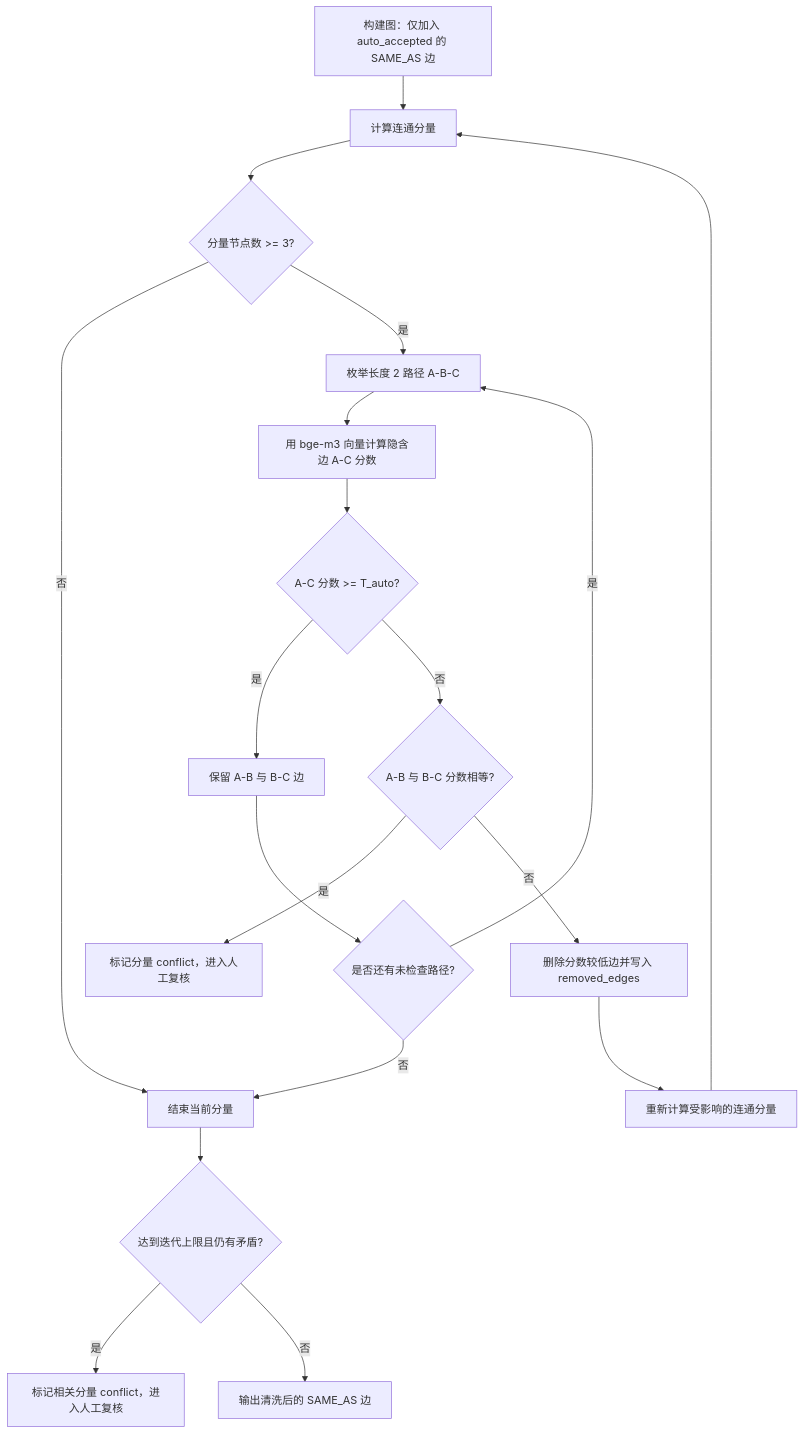
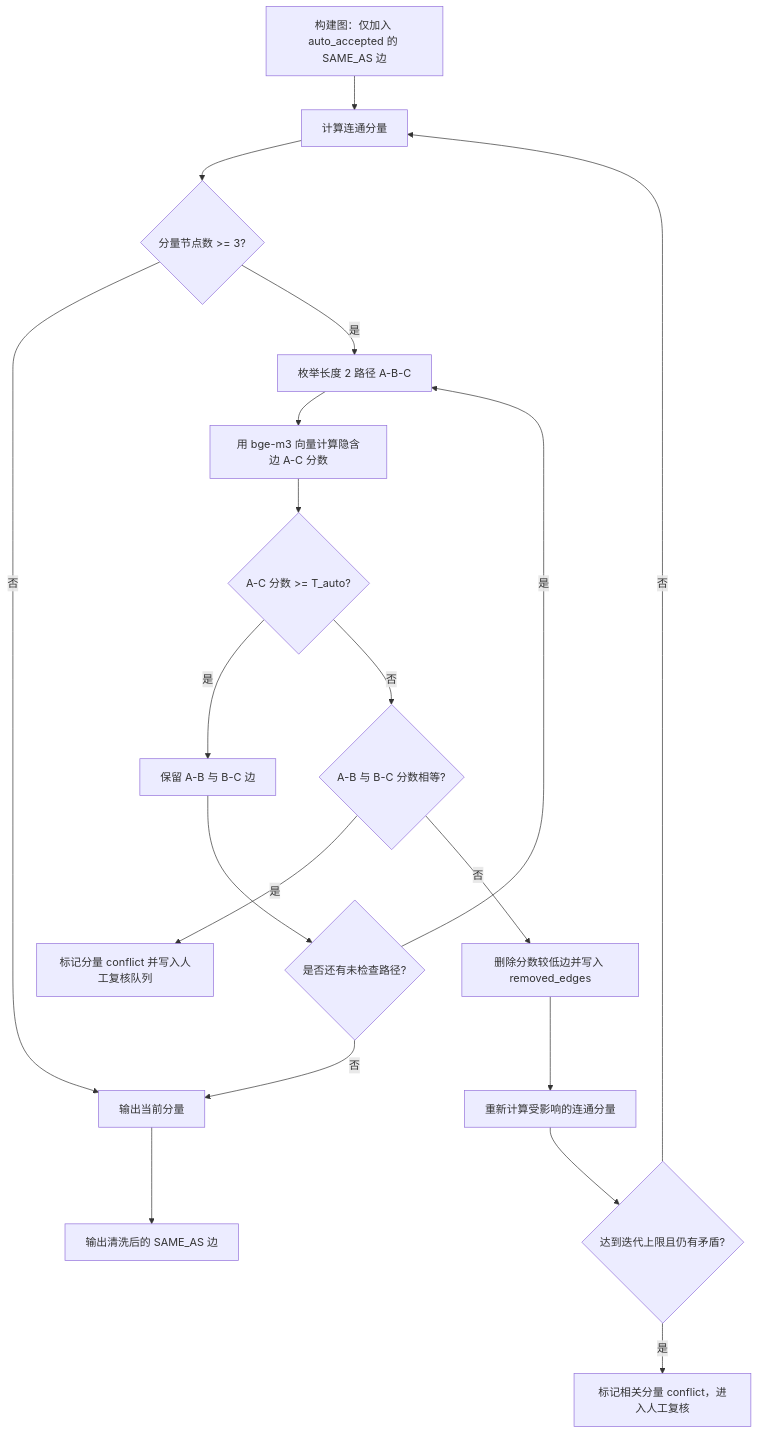
One commit to WorkerXu/my-doc changed the fifth of 7 diagrams in 多来源商品数据合并系统设计.md. Above: the diagram before and after it, drawn with Mermaid. The commit also changed other lines of this file, not shown here.

Commit message:
完善候选与标准化流程图

````diff
--- a/多来源商品数据合并系统设计.md
+++ b/多来源商品数据合并系统设计.md
@@ -321,21 +389,21 @@
 ```mermaid
 flowchart TD
     A[构建图：仅加入 auto_accepted 的 SAME_AS 边] --> B[计算连通分量]
     B --> C{"分量节点数 >= 3?"}
-    C -- 否 --> H[结束当前分量]
+    C -- 否 --> P[输出当前分量]
     C -- 是 --> D[枚举长度 2 路径 A-B-C]
     D --> E[用 bge-m3 向量计算隐含边 A-C 分数]
     E --> F{"A-C 分数 >= T_auto?"}
     F -- 是 --> G[保留 A-B 与 B-C 边]
     F -- 否 --> I{"A-B 与 B-C 分数相等?"}
-    I -- 是 --> J[标记分量 conflict，进入人工复核]
+    I -- 是 --> J[标记分量 conflict 并写入人工复核队列]
     I -- 否 --> K[删除分数较低边并写入 removed_edges]
     G --> L{是否还有未检查路径?}
     L -- 是 --> D
-    L -- 否 --> H
+    L -- 否 --> P
     K --> M[重新计算受影响的连通分量]
-    M --> B
-    H --> N{达到迭代上限且仍有矛盾?}
+    M --> N{达到迭代上限且仍有矛盾?}
     N -- 是 --> O[标记相关分量 conflict，进入人工复核]
-    N -- 否 --> P[输出清洗后的 SAME_AS 边]
+    N -- 否 --> B
+    P --> Q[输出清洗后的 SAME_AS 边]
 ```
````
